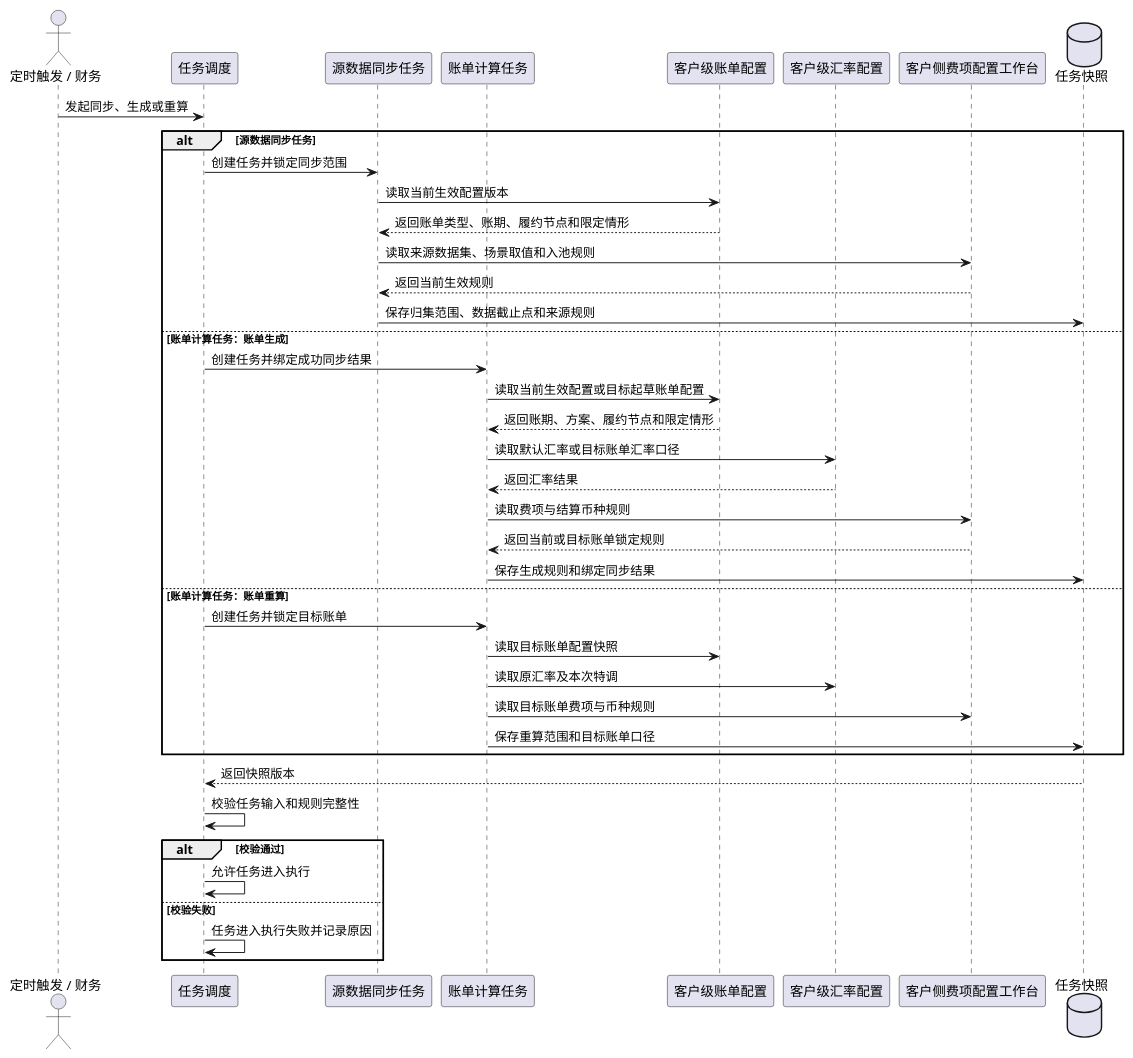
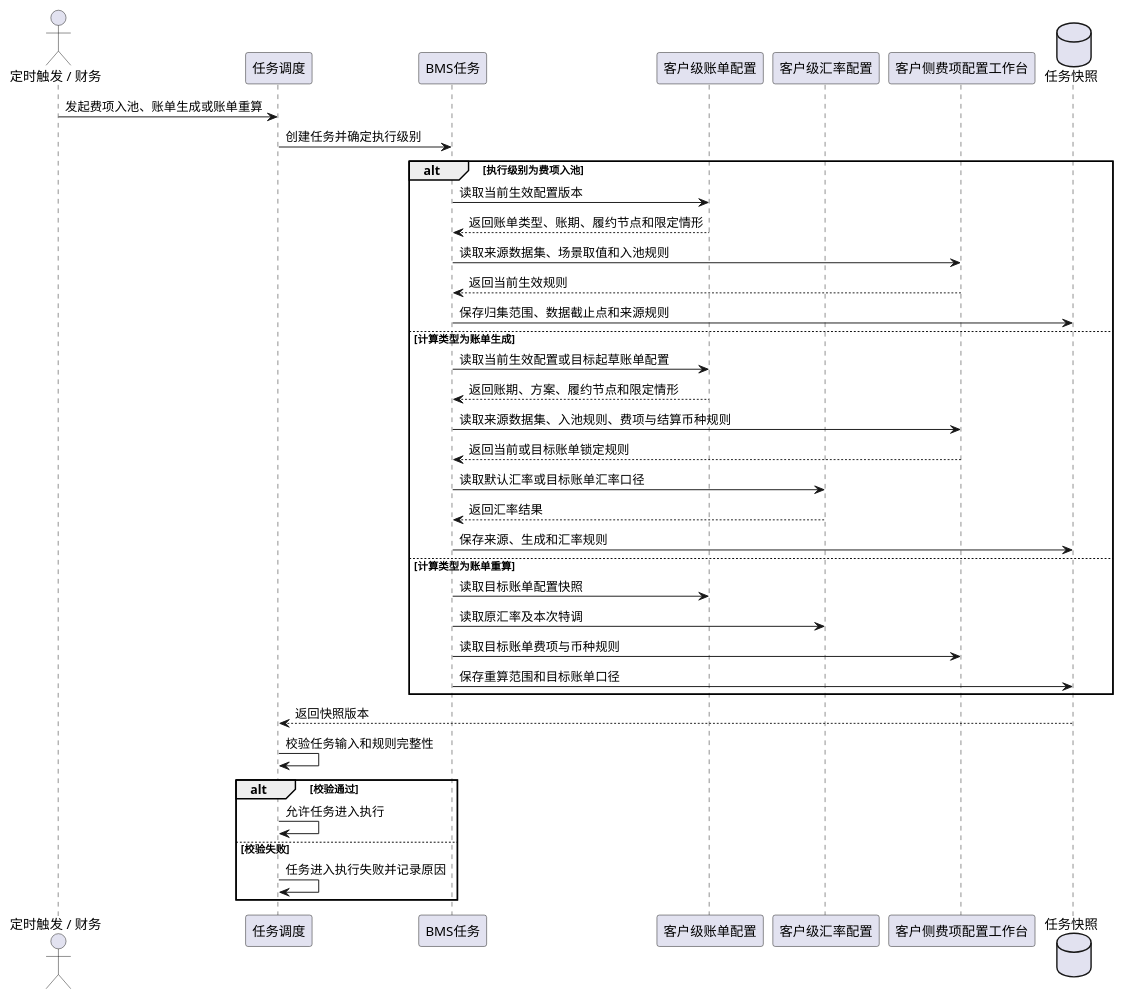
One commit to jack888332/projects-doc changed the sixth of 19 diagrams in product-caliber/bms/prd/账单系统.PRD.md. Above: the diagram before and after it, drawn with PlantUML. The commit also changed other lines of this file, not shown here.

````diff
--- a/product-caliber/bms/prd/账单系统.PRD.md
+++ b/product-caliber/bms/prd/账单系统.PRD.md
@@ -1107,46 +1123,43 @@
 ```plantuml
 @startuml
 
 actor "定时触发 / 财务" as Trigger
 participant "任务调度" as Scheduler
-participant "源数据同步任务" as SyncTask
-participant "账单计算任务" as CalcTask
+participant "BMS任务" as Task
 participant "客户级账单配置" as BillingConfig
 participant "客户级汇率配置" as RateConfig
 participant "客户侧费项配置工作台" as FeeConfig
 database "任务快照" as Snapshot
 
-Trigger -> Scheduler : 发起同步、生成或重算
-alt 源数据同步任务
-  Scheduler -> SyncTask : 创建任务并锁定同步范围
-  SyncTask -> BillingConfig : 读取当前生效配置版本
-  BillingConfig --> SyncTask : 返回账单类型、账期、履约节点和限定情形
-  SyncTask -> FeeConfig : 读取来源数据集、场景取值和入池规则
-  FeeConfig --> SyncTask : 返回当前生效规则
-  SyncTask -> Snapshot : 保存归集范围、数据截止点和来源规则
-else 账单计算任务：账单生成
-  Scheduler -> CalcTask : 创建任务并绑定成功同步结果
-  CalcTask -> BillingConfig : 读取当前生效配置或目标起草账单配置
-  BillingConfig --> CalcTask : 返回账期、方案、履约节点和限定情形
-  CalcTask -> RateConfig : 读取默认汇率或目标账单汇率口径
-  RateConfig --> CalcTask : 返回汇率结果
-  CalcTask -> FeeConfig : 读取费项与结算币种规则
-  FeeConfig --> CalcTask : 返回当前或目标账单锁定规则
-  CalcTask -> Snapshot : 保存生成规则和绑定同步结果
-else 账单计算任务：账单重算
-  Scheduler -> CalcTask : 创建任务并锁定目标账单
-  CalcTask -> BillingConfig : 读取目标账单配置快照
-  CalcTask -> RateConfig : 读取原汇率及本次特调
-  CalcTask -> FeeConfig : 读取目标账单费项与币种规则
-  CalcTask -> Snapshot : 保存重算范围和目标账单口径
+Trigger -> Scheduler : 发起费项入池、账单生成或账单重算
+Scheduler -> Task : 创建任务并确定执行级别
+alt 执行级别为费项入池
+  Task -> BillingConfig : 读取当前生效配置版本
+  BillingConfig --> Task : 返回账单类型、账期、履约节点和限定情形
+  Task -> FeeConfig : 读取来源数据集、场景取值和入池规则
+  FeeConfig --> Task : 返回当前生效规则
+  Task -> Snapshot : 保存归集范围、数据截止点和来源规则
+else 计算类型为账单生成
+  Task -> BillingConfig : 读取当前生效配置或目标起草账单配置
+  BillingConfig --> Task : 返回账期、方案、履约节点和限定情形
+  Task -> FeeConfig : 读取来源数据集、入池规则、费项与结算币种规则
+  FeeConfig --> Task : 返回当前或目标账单锁定规则
+  Task -> RateConfig : 读取默认汇率或目标账单汇率口径
+  RateConfig --> Task : 返回汇率结果
+  Task -> Snapshot : 保存来源、生成和汇率规则
+else 计算类型为账单重算
+  Task -> BillingConfig : 读取目标账单配置快照
+  Task -> RateConfig : 读取原汇率及本次特调
+  Task -> FeeConfig : 读取目标账单费项与币种规则
+  Task -> Snapshot : 保存重算范围和目标账单口径
 end
 
 Snapshot --> Scheduler : 返回快照版本
 Scheduler -> Scheduler : 校验任务输入和规则完整性
 alt 校验通过
   Scheduler -> Scheduler : 允许任务进入执行
 else 校验失败
   Scheduler -> Scheduler : 任务进入执行失败并记录原因
 end
 @enduml
 ```
````
